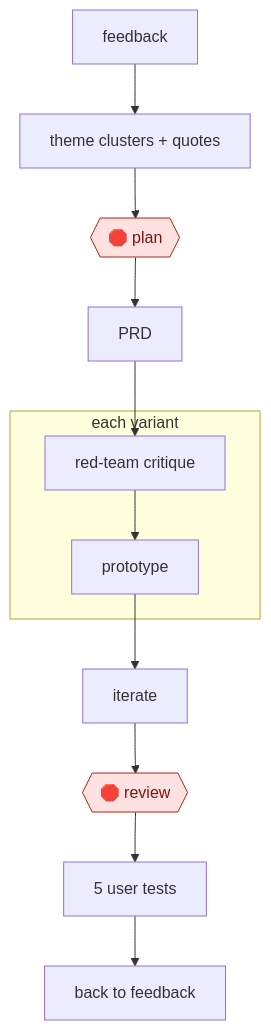
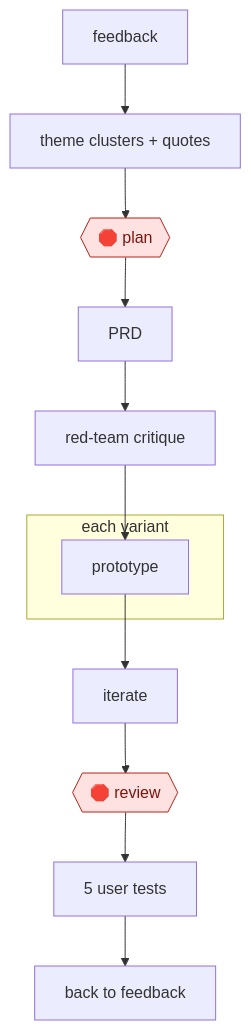
The diagram in workflows/TEC/PRD/PROTO/feedback-to-prototype/README.md (milesradford99/agent-workflow-atlas), drawn with Mermaid before and after one commit. The commit also changed other lines of this file and 171 other files, not shown here.

````diff
--- a/workflows/TEC/PRD/PROTO/feedback-to-prototype/README.md
+++ b/workflows/TEC/PRD/PROTO/feedback-to-prototype/README.md
@@ -29,25 +29,25 @@
 ```mermaid
 flowchart TD
   n1["feedback"]
   n2["theme clusters + quotes"]
-  n1 --> n2
   n3{{"🛑 plan"}}:::stop
-  n2 --> n3
   n4["PRD"]
-  n3 --> n4
   n5["red-team critique"]
-  n4 --> n5
   subgraph s6["each variant"]
   n7["prototype"]
-  n5 --> n7
   end
   n8["iterate"]
+  n9{{"🛑 review"}}:::stop
+  n10["5 user tests"]
+  n11["back to feedback"]
+  n1 --> n2
+  n2 --> n3
+  n3 --> n4
+  n4 --> n5
+  n5 --> n7
   n7 --> n8
-  n9{{"🛑 review"}}:::stop
   n8 --> n9
-  n10["5 user tests"]
   n9 --> n10
-  n11["back to feedback"]
   n10 --> n11
   classDef stop fill:#fde2e1,stroke:#b42318,color:#7a1610
 ```
````
